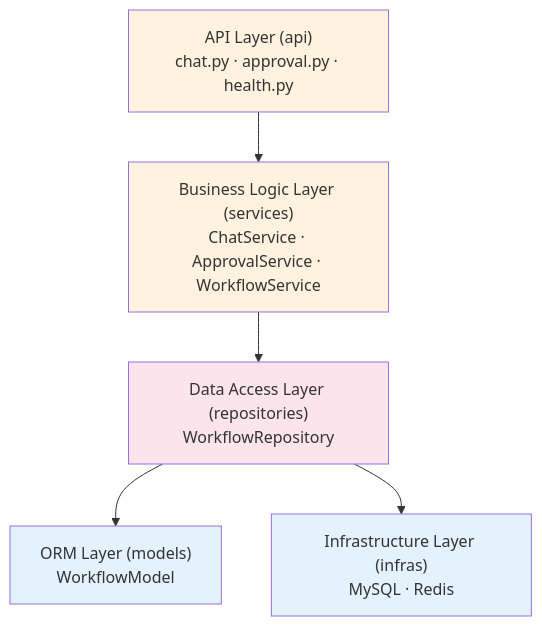
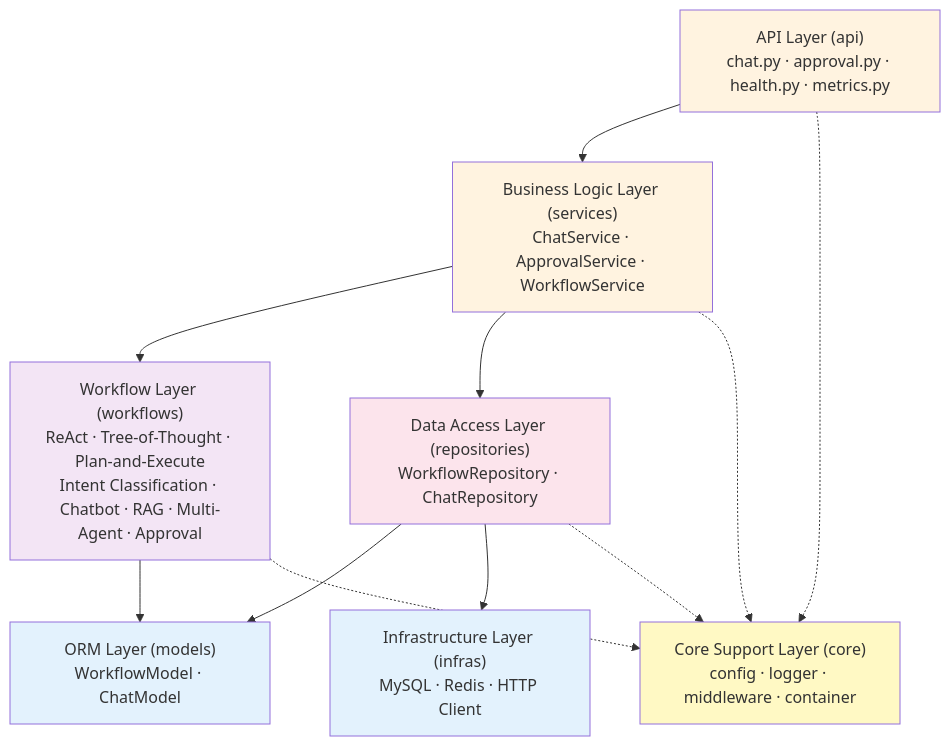
Before and after one commit to chain-engine/x-langgraph: the first of 5 diagrams in README.en.md, drawn with Mermaid. The commit also changed other lines of this file and 1 other file, not shown here.

````diff
--- a/README.en.md
+++ b/README.en.md
@@ -103,19 +103,30 @@
 ```mermaid
 flowchart TB
-    API["API Layer (api)<br>chat.py · approval.py · health.py"]
+    API["API Layer (api)<br>chat.py · approval.py · health.py · metrics.py"]
     SVC["Business Logic Layer (services)<br>ChatService · ApprovalService · WorkflowService"]
-    REPO["Data Access Layer (repositories)<br>WorkflowRepository"]
-    MODELS["ORM Layer (models)<br>WorkflowModel"]
-    INFRA["Infrastructure Layer (infras)<br>MySQL · Redis"]
+    WF["Workflow Layer (workflows)<br>ReAct · Tree-of-Thought · Plan-and-Execute<br>Intent Classification · Chatbot · RAG · Multi-Agent · Approval"]
+    REPO["Data Access Layer (repositories)<br>WorkflowRepository · ChatRepository"]
+    MODELS["ORM Layer (models)<br>WorkflowModel · ChatModel"]
+    INFRA["Infrastructure Layer (infras)<br>MySQL · Redis · HTTP Client"]
+    CORE["Core Support Layer (core)<br>config · logger · middleware · container"]
 
     API --> SVC
+    SVC --> WF
     SVC --> REPO
+    WF --> MODELS
     REPO --> MODELS
     REPO --> INFRA
 
+    API -.-> CORE
+    SVC -.-> CORE
+    WF -.-> CORE
+    REPO -.-> CORE
+
     style API fill:#fff3e0
     style SVC fill:#fff3e0
+    style WF fill:#f3e5f5
     style REPO fill:#fce4ec
     style MODELS fill:#e3f2fd
     style INFRA fill:#e3f2fd
+    style CORE fill:#fff9c4
 ```
````
